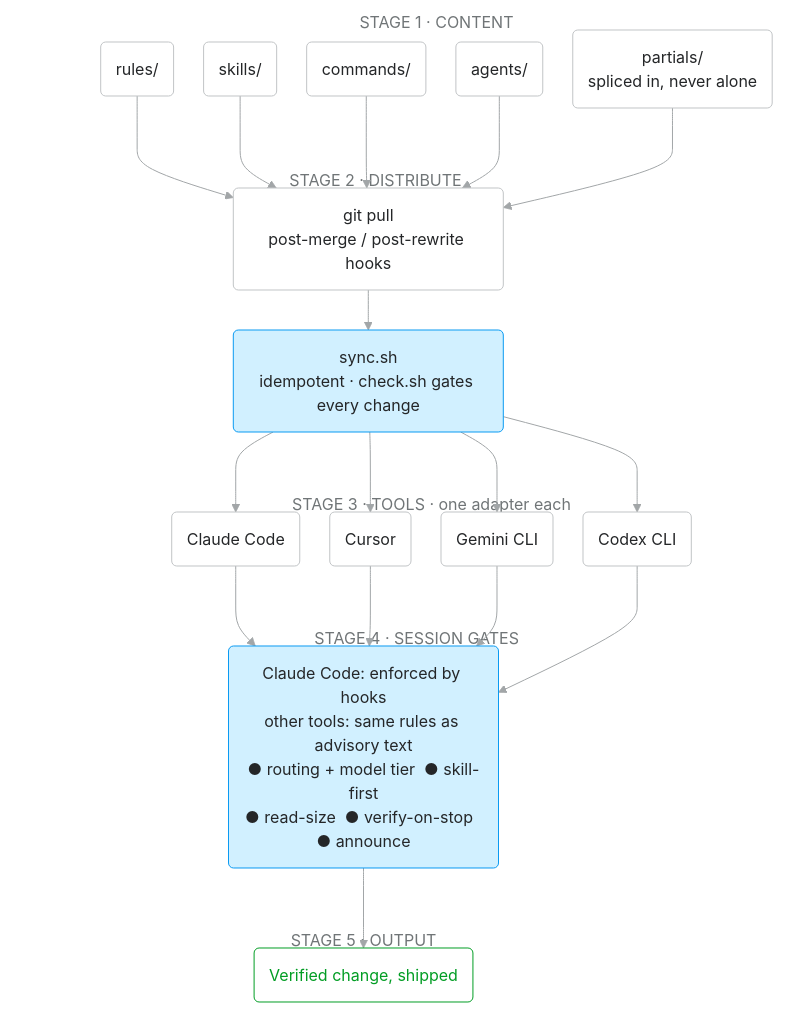
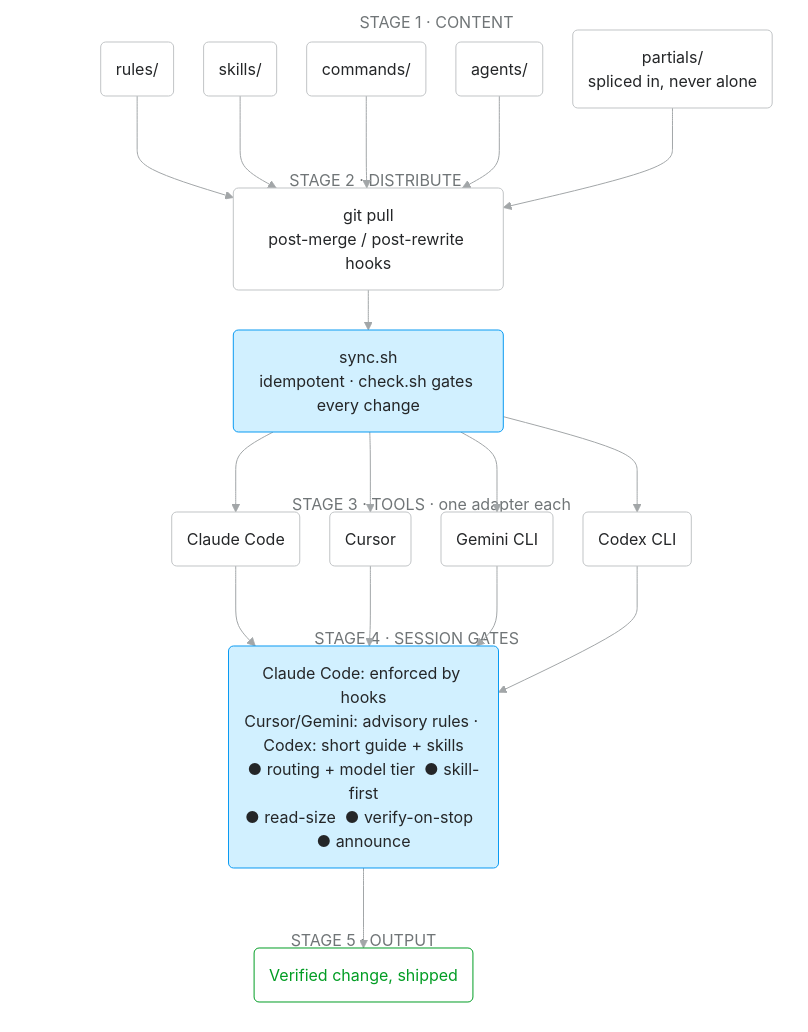
One commit to raditia/CraftKit changed the first of 13 diagrams in README.md. Above: the diagram before and after it, drawn with Mermaid. The commit also changed other lines of this file and 6 other files, not shown here.

````diff
--- a/README.md
+++ b/README.md
@@ -161,63 +161,63 @@
 ```mermaid
 ---
 config:
   theme: base
   look: classic
   fontFamily: "-apple-system, BlinkMacSystemFont, Segoe UI, Helvetica, Arial, sans-serif"
   themeVariables:
     fontFamily: "-apple-system, BlinkMacSystemFont, Segoe UI, Helvetica, Arial, sans-serif"
     fontSize: 16px
     primaryColor: "#FFFFFF"
     primaryBorderColor: "#C1C4C6"
     primaryTextColor: "#242628"
     lineColor: "#A2A6A8"
     clusterBkg: "#F5FBFF"
     clusterBorder: "#F0F1F2"
     titleColor: "#707577"
     edgeLabelBackground: "#FFFFFF"
   flowchart:
     curve: basis
     wrappingWidth: 240
     nodeSpacing: 30
     rankSpacing: 40
 ---
 flowchart TB
     subgraph S1["STAGE 1 · CONTENT"]
         c1("rules/")
         c2("skills/")
         c3("commands/")
         c4("agents/")
         c5("partials/<br/>spliced in, never alone")
     end
     subgraph S2["STAGE 2 · DISTRIBUTE"]
         pull("git pull<br/>post-merge / post-rewrite hooks") --> sync("sync.sh<br/>idempotent · check.sh gates every change")
     end
     subgraph S3["STAGE 3 · TOOLS · one adapter each"]
         t1("Claude Code")
         t2("Cursor")
         t3("Gemini CLI")
         t4("Codex CLI")
     end
     subgraph S4["STAGE 4 · SESSION GATES"]
-        gates("Claude Code: enforced by hooks<br/>other tools: same rules as advisory text<br/>● routing + model tier  ● skill-first<br/>● read-size  ● verify-on-stop  ● announce")
+        gates("Claude Code: enforced by hooks<br/>Cursor/Gemini: advisory rules · Codex: short guide + skills<br/>● routing + model tier  ● skill-first<br/>● read-size  ● verify-on-stop  ● announce")
     end
     subgraph S5["STAGE 5 · OUTPUT"]
         out("Verified change, shipped")
     end
     c1 & c2 & c3 & c4 & c5 --> pull
     sync --> t1 & t2 & t3 & t4
     t1 & t2 & t3 & t4 --> gates
     gates --> out
 
     classDef n fill:#FFFFFF,stroke:#C1C4C6,color:#242628
     classDef key fill:#D1F0FF,stroke:#0A9AF2,color:#242628
     classDef ok fill:#FFFFFF,stroke:#029D24,color:#029D24
     class c1,c2,c3,c4,c5,pull,t1,t2,t3,t4 n
     class sync,gates key
     class out ok
     style S1 fill:transparent,stroke:transparent
     style S2 fill:transparent,stroke:transparent
     style S3 fill:transparent,stroke:transparent
     style S4 fill:transparent,stroke:transparent
     style S5 fill:transparent,stroke:transparent
 ```
````
